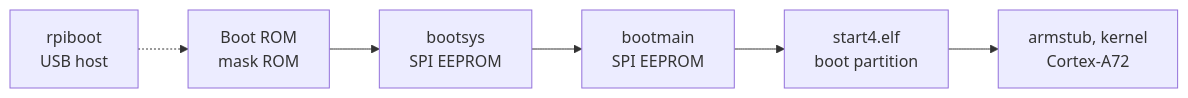
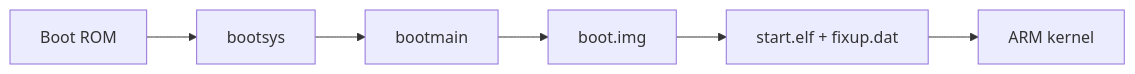
The diagram in docs/architecture.md (anaskalt/open27xx), drawn with Mermaid before and after one commit. The commit also changed other lines of this file and 6 other files, not shown here.

````diff
--- a/docs/architecture.md
+++ b/docs/architecture.md
@@ -9,8 +16,8 @@
 ```mermaid
 flowchart LR
-  USB["rpiboot<br/>USB host"] -.-> ROM
-  ROM["Boot ROM<br/>mask ROM"] --> BS["bootsys<br/>SPI EEPROM"]
-  BS --> BM["bootmain<br/>SPI EEPROM"]
-  BM --> S4["start4.elf<br/>boot partition"]
-  S4 --> ARM["armstub, kernel<br/>Cortex-A72"]
+  ROM["Boot ROM"] --> BS["bootsys"]
+  BS --> BM["bootmain"]
+  BM --> IMG["boot.img"]
+  IMG --> S4["start.elf + fixup.dat"]
+  S4 --> ARM["ARM kernel"]
 ```
````
